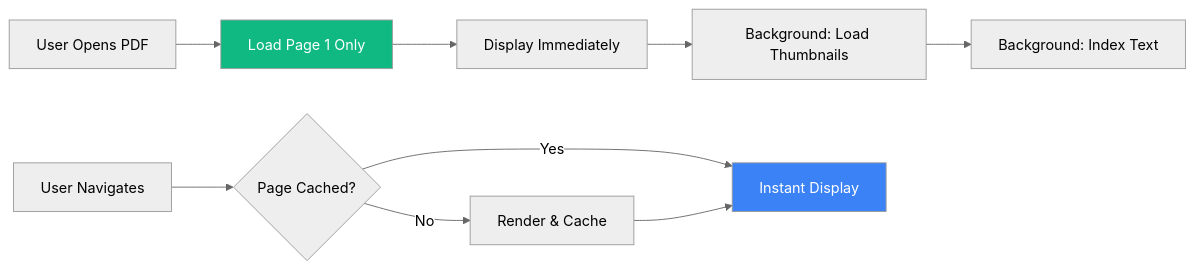
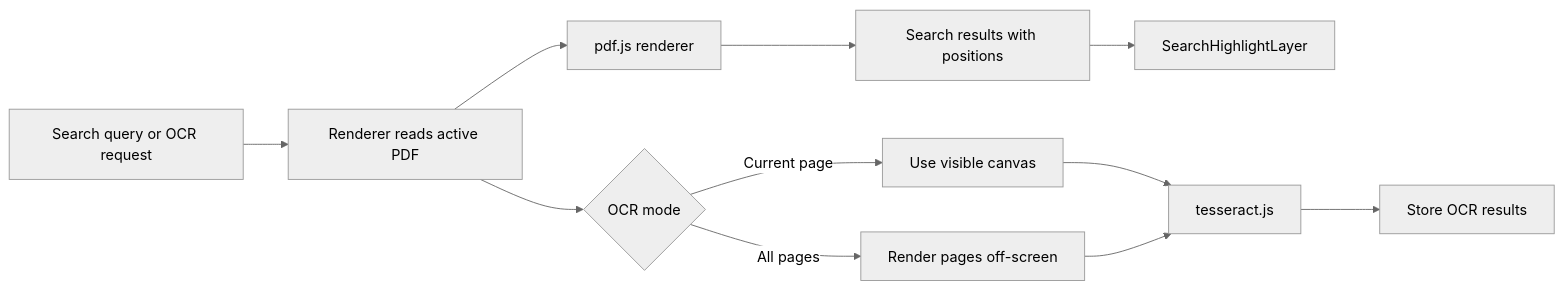
Before and after one commit to jana1998/portable-document-formatter: the fifth of 7 diagrams in ARCHITECTURE.md, drawn with Mermaid (neutral theme). The commit also changed other lines of this file and 14 other files, not shown here.

````diff
--- a/ARCHITECTURE.md
+++ b/ARCHITECTURE.md
@@ -565,15 +217,14 @@
 ```mermaid
-graph LR
-    A[User Opens PDF] --> B[Load Page 1 Only]
-    B --> C[Display Immediately]
-    C --> D[Background: Load Thumbnails]
-    D --> E[Background: Index Text]
-    
-    F[User Navigates] --> G{Page Cached?}
-    G -->|Yes| H[Instant Display]
-    G -->|No| I[Render & Cache]
-    I --> H
-    
-    style B fill:#10b981,color:#fff
-    style H fill:#3b82f6,color:#fff
+flowchart LR
+    Query[Search query or OCR request] --> RendererRead[Renderer reads active PDF]
+    RendererRead --> PDFJS[pdf.js renderer]
+    PDFJS --> SearchResults[Search results with positions]
+    SearchResults --> SearchLayer[SearchHighlightLayer]
+
+    RendererRead --> OCRMode{OCR mode}
+    OCRMode -->|Current page| VisibleCanvas[Use visible canvas]
+    OCRMode -->|All pages| Offscreen[Render pages off-screen]
+    VisibleCanvas --> Tesseract[tesseract.js]
+    Offscreen --> Tesseract
+    Tesseract --> OCRStore[Store OCR results]
 ```
````
